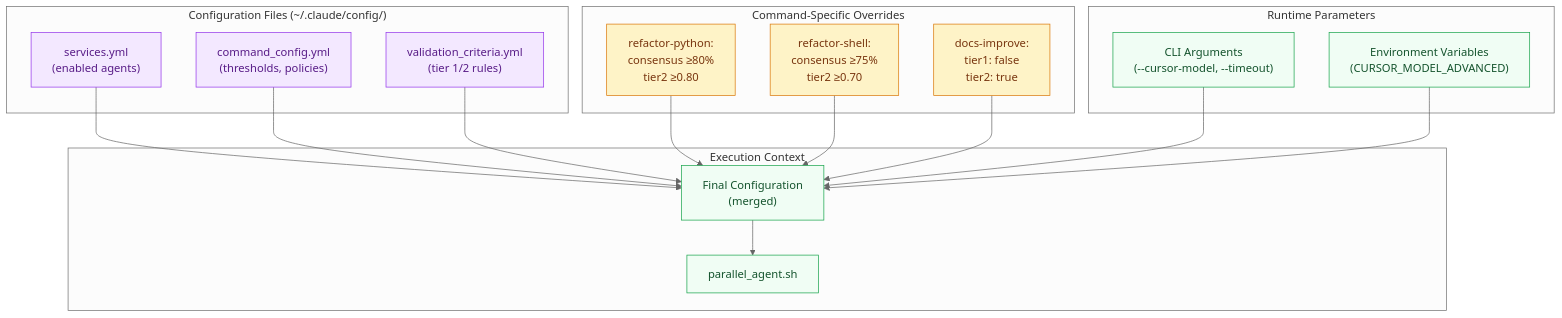
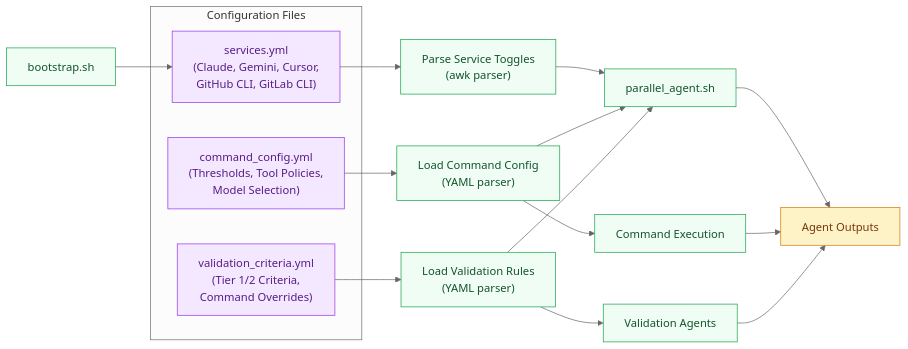
Before and after one commit to RB-chrismandich/Manifest: the eighth of 10 diagrams in docs/ARCHITECTURE_DIAGRAMS.md, drawn with Mermaid. The commit also changed other lines of this file and 24 other files, not shown here.

First line of the commit message:
feat: add multi-platform Git CLI support (GitHub, GitLab, plain git)

````diff
--- a/docs/ARCHITECTURE_DIAGRAMS.md
+++ b/docs/ARCHITECTURE_DIAGRAMS.md
@@ -517,42 +607,39 @@
 ```mermaid
 %%{init: {'theme':'neutral'}}%%
-flowchart TB
+flowchart LR
     classDef config fill:#f3e8ff,stroke:#9333ea,color:#581c87
-    classDef override fill:#fef3c7,stroke:#d97706,color:#78350f
-    classDef runtime fill:#f0fdf4,stroke:#16a34a,color:#14532d
+    classDef process fill:#f0fdf4,stroke:#16a34a,color:#14532d
+    classDef output fill:#fef3c7,stroke:#d97706,color:#78350f
 
-    subgraph "Configuration Files (~/.claude/config/)"
-        SERVICES["services.yml<br/>(enabled agents)"]:::config
-        COMMAND_CFG["command_config.yml<br/>(thresholds, policies)"]:::config
-        VALIDATION["validation_criteria.yml<br/>(tier 1/2 rules)"]:::config
+    BOOTSTRAP["bootstrap.sh"]:::process
+
+    subgraph "Configuration Files"
+        SERVICES["services.yml<br/>(Claude, Gemini, Cursor,<br/>GitHub CLI, GitLab CLI)"]:::config
+        COMMAND_CFG["command_config.yml<br/>(Thresholds, Tool Policies,<br/>Model Selection)"]:::config
+        VALIDATION["validation_criteria.yml<br/>(Tier 1/2 Criteria,<br/>Command Overrides)"]:::config
     end
 
-    subgraph "Command-Specific Overrides"
-        REFACTOR_OVER["refactor-python:<br/>consensus ≥80%<br/>tier2 ≥0.80"]:::override
-        SHELL_OVER["refactor-shell:<br/>consensus ≥75%<br/>tier2 ≥0.70"]:::override
-        DOCS_OVER["docs-improve:<br/>tier1: false<br/>tier2: true"]:::override
-    end
+    PARSE_SERVICES["Parse Service Toggles<br/>(awk parser)"]:::process
+    PARSE_COMMAND["Load Command Config<br/>(YAML parser)"]:::process
+    PARSE_VALID["Load Validation Rules<br/>(YAML parser)"]:::process
 
-    subgraph "Runtime Parameters"
-        CLI_ARGS["CLI Arguments<br/>(--cursor-model, --timeout)"]:::runtime
-        ENV_VARS["Environment Variables<br/>(CURSOR_MODEL_ADVANCED)"]:::runtime
-    end
+    PARALLEL["parallel_agent.sh"]:::process
+    COMMANDS["Command Execution"]:::process
+    VALIDATORS["Validation Agents"]:::process
 
-    subgraph "Execution Context"
-        FINAL_CFG["Final Configuration<br/>(merged)"]:::runtime
-        ORCHESTRATOR["parallel_agent.sh"]:::runtime
-    end
+    BOOTSTRAP --> SERVICES
+    SERVICES --> PARSE_SERVICES
+    PARSE_SERVICES --> PARALLEL
 
-    SERVICES --> FINAL_CFG
-    COMMAND_CFG --> FINAL_CFG
-    VALIDATION --> FINAL_CFG
+    COMMAND_CFG --> PARSE_COMMAND
+    PARSE_COMMAND --> PARALLEL
+    PARSE_COMMAND --> COMMANDS
 
-    REFACTOR_OVER --> FINAL_CFG
-    SHELL_OVER --> FINAL_CFG
-    DOCS_OVER --> FINAL_CFG
+    VALIDATION --> PARSE_VALID
+    PARSE_VALID --> VALIDATORS
+    PARSE_VALID --> PARALLEL
 
-    CLI_ARGS --> FINAL_CFG
-    ENV_VARS --> FINAL_CFG
-
-    FINAL_CFG --> ORCHESTRATOR
+    PARALLEL --> RESULT["Agent Outputs"]:::output
+    COMMANDS --> RESULT
+    VALIDATORS --> RESULT
 ```
````
